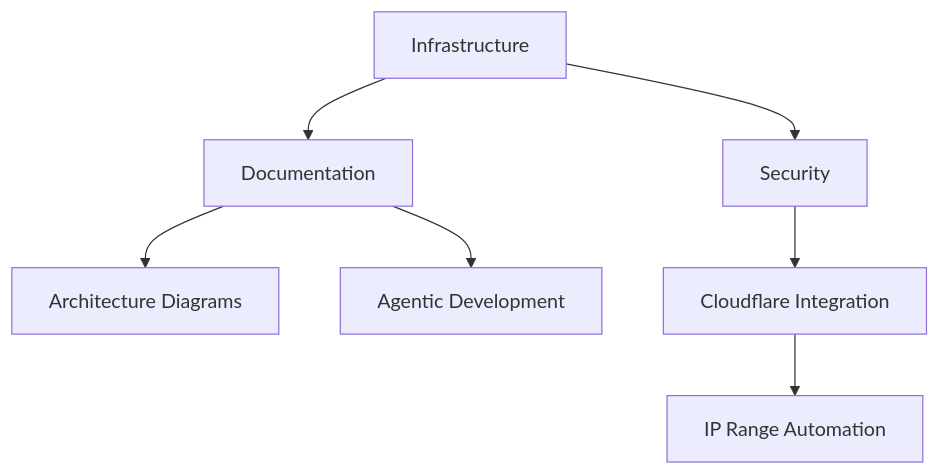
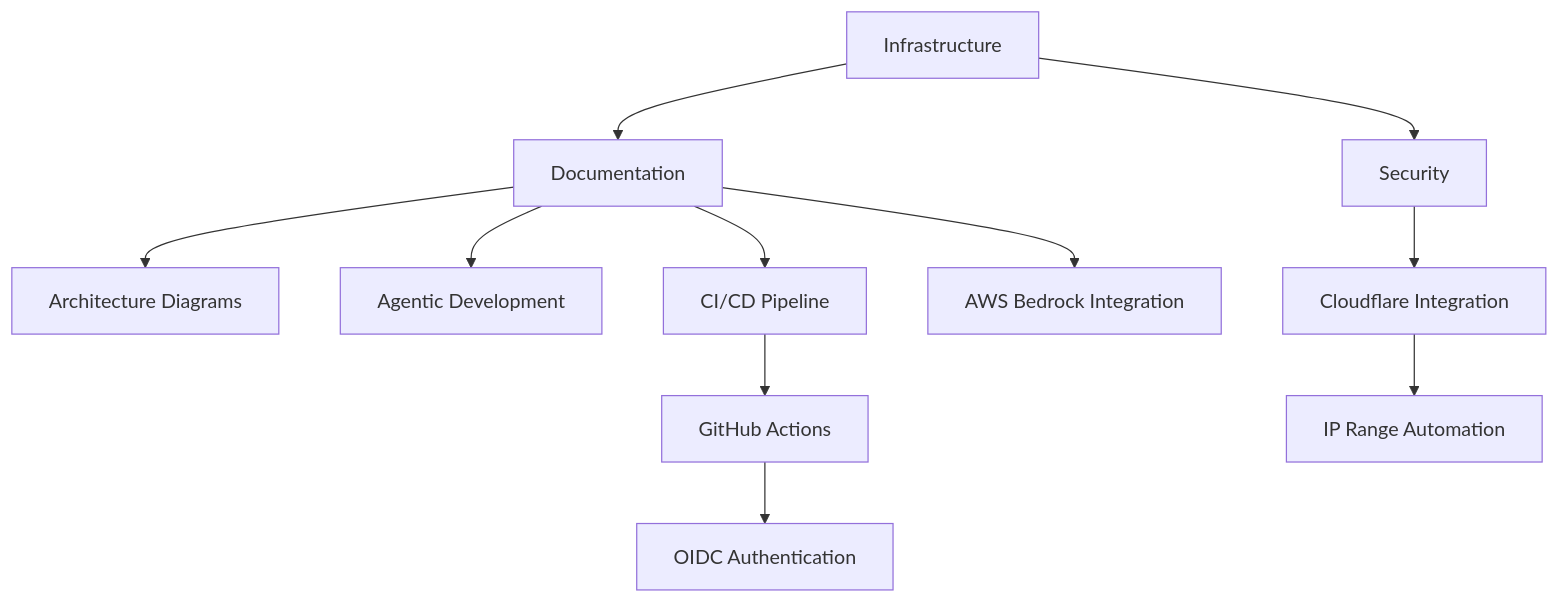
One commit to laialex501/lorechat-cdk changed the diagram in memory-bank/activeContext.md. Above: the diagram before and after it, drawn with Mermaid. The commit also changed other lines of this file and 3 other files, not shown here.

````diff
--- a/memory-bank/activeContext.md
+++ b/memory-bank/activeContext.md
@@ -43,9 +51,13 @@
 ```mermaid
 graph TD
     A[Infrastructure] --> B[Documentation]
     A --> C[Security]
     B --> D[Architecture Diagrams]
     C --> E[Cloudflare Integration]
     E --> F[IP Range Automation]
     B --> G[Agentic Development]
+    B --> H[CI/CD Pipeline]
+    B --> I[AWS Bedrock Integration]
+    H --> J[GitHub Actions]
+    J --> K[OIDC Authentication]
 ```
````
